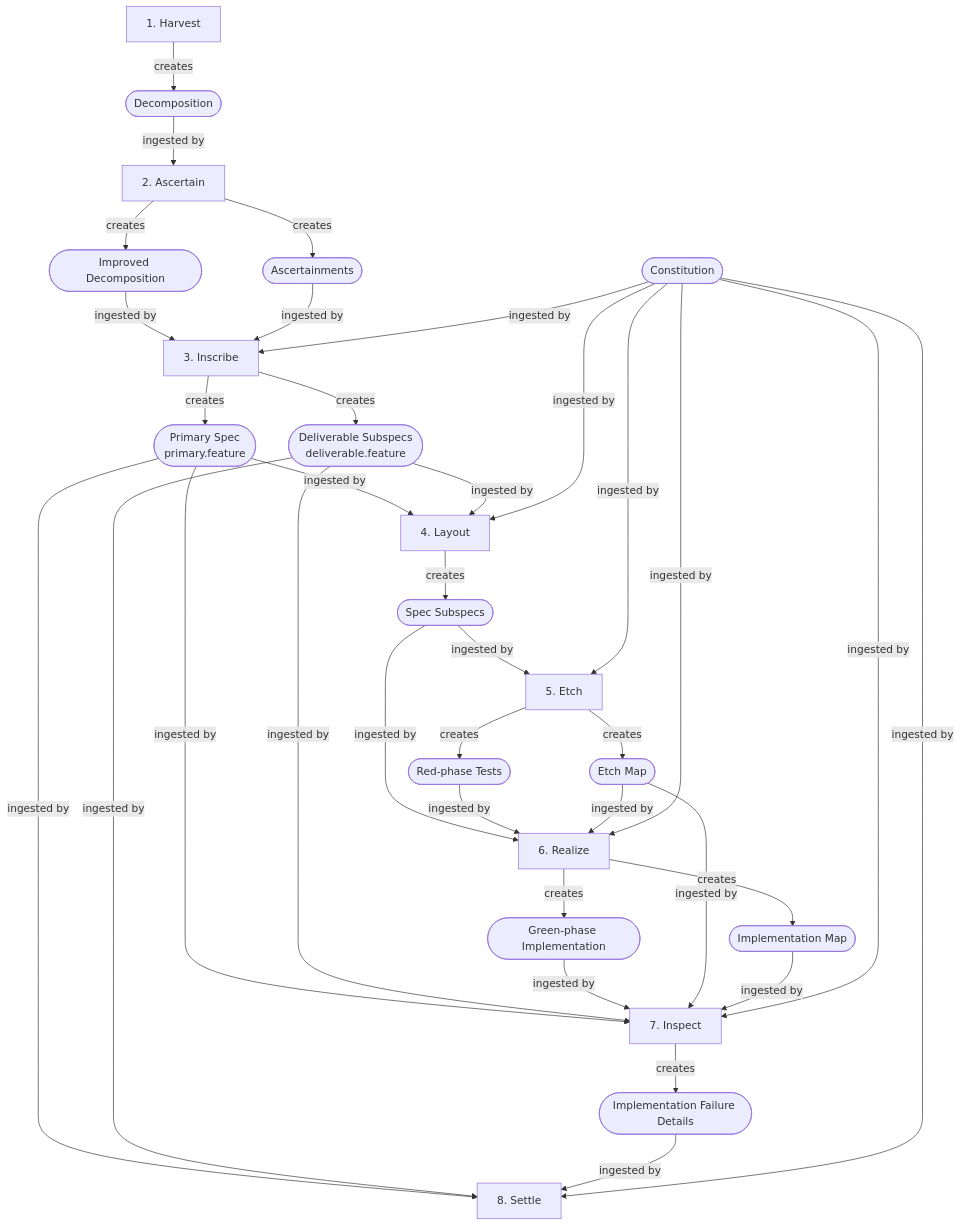
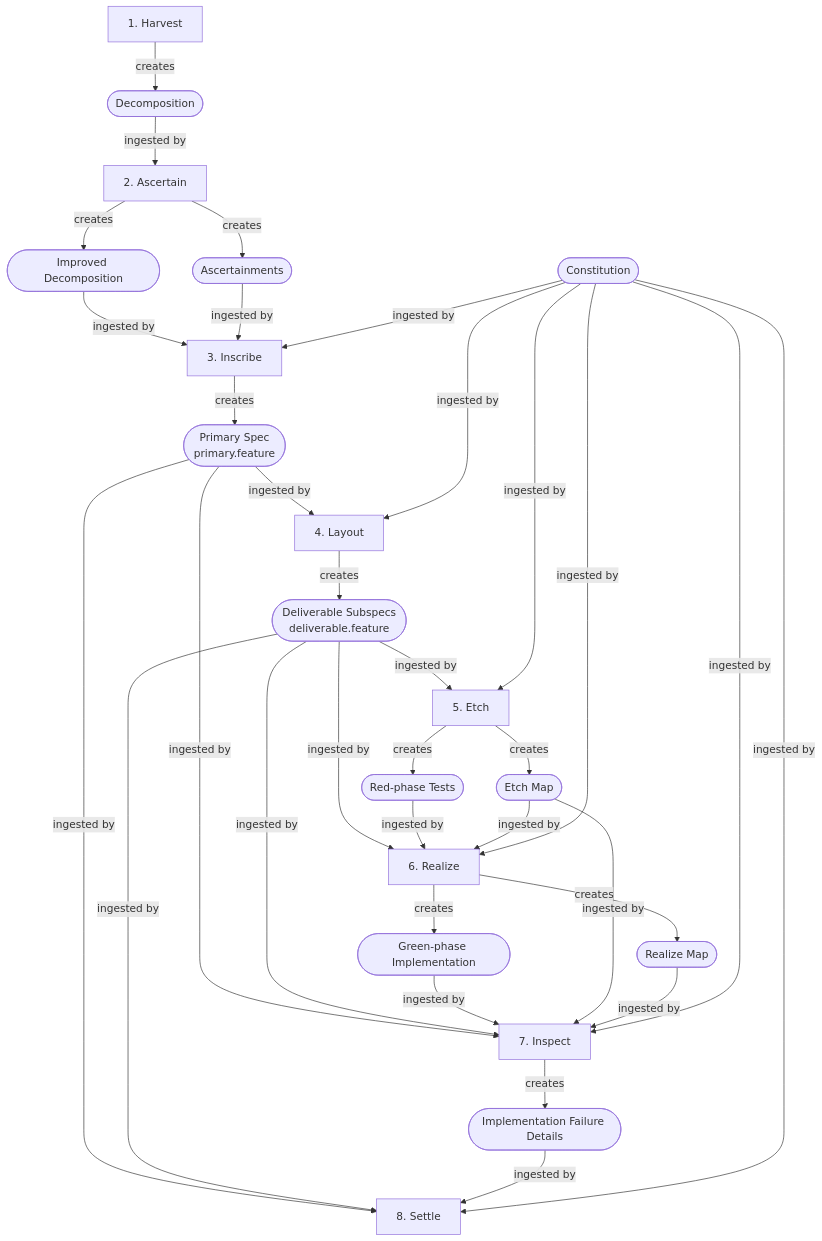
The second of 5 diagrams in docs/diagrams/diagrams.md (v0idbit/haileris), drawn with Mermaid before and after one commit. The commit also changed other lines of this file and 24 other files, not shown here.

````diff
--- a/docs/diagrams/diagrams.md
+++ b/docs/diagrams/diagrams.md
@@ -63,56 +64,53 @@
 ```mermaid
 flowchart TD
     DEC([Decomposition])
     ID([Improved Decomposition])
     ASC([Ascertainments])
     PS([Primary Spec<br>primary.feature])
     CS([Deliverable Subspecs<br>deliverable.feature])
-    SS([Spec Subspecs])
     RT([Red-phase Tests])
     ETM([Etch Map])
     GI([Green-phase Implementation])
-    IM([Implementation Map])
+    RM([Realize Map])
     IF([Implementation Failure Details])
     CON([Constitution])
 
     H[1. Harvest] -->|creates| DEC
     DEC -->|ingested by| A[2. Ascertain]
 
     A -->|creates| ID
     A -->|creates| ASC
     ID -->|ingested by| I[3. Inscribe]
     ASC -->|ingested by| I
     CON -->|ingested by| I
 
     I -->|creates| PS
-    I -->|creates| CS
     PS -->|ingested by| L[4. Layout]
-    CS -->|ingested by| L
     CON -->|ingested by| L
 
-    L -->|creates| SS
-    SS -->|ingested by| E[5. Etch]
+    L -->|creates| CS
+    CS -->|ingested by| E[5. Etch]
     CON -->|ingested by| E
 
     E -->|creates| RT
     E -->|creates| ETM
-    SS -->|ingested by| R[6. Realize]
+    CS -->|ingested by| R[6. Realize]
     RT -->|ingested by| R
     ETM -->|ingested by| R
     CON -->|ingested by| R
 
     R -->|creates| GI
-    R -->|creates| IM
+    R -->|creates| RM
     PS -->|ingested by| IN[7. Inspect]
     CS -->|ingested by| IN
     GI -->|ingested by| IN
     ETM -->|ingested by| IN
-    IM -->|ingested by| IN
+    RM -->|ingested by| IN
     CON -->|ingested by| IN
 
     IN -->|creates| IF
     PS -->|ingested by| S[8. Settle]
     CS -->|ingested by| S
     IF -->|ingested by| S
     CON -->|ingested by| S
 ```
````
